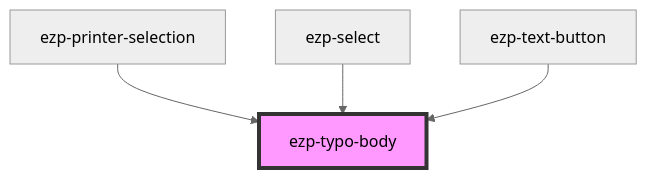
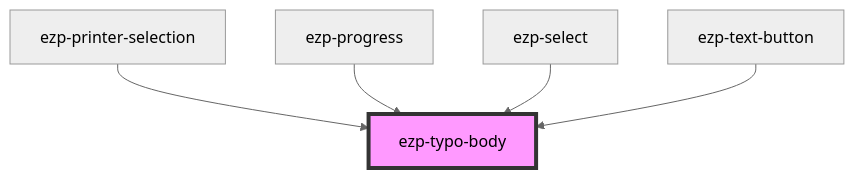
One commit to ezeep/ezeep-js changed the diagram in src/components/ezp-typo-body/readme.md. Above: the diagram before and after it, drawn with Mermaid (neutral theme). The commit also changed other lines of this file and 22 other files, not shown here.

````diff
--- a/src/components/ezp-typo-body/readme.md
+++ b/src/components/ezp-typo-body/readme.md
@@ -34,7 +33,8 @@
 ```mermaid
 graph TD;
   ezp-printer-selection --> ezp-typo-body
+  ezp-progress --> ezp-typo-body
   ezp-select --> ezp-typo-body
   ezp-text-button --> ezp-typo-body
   style ezp-typo-body fill:#f9f,stroke:#333,stroke-width:4px
 ```
````
